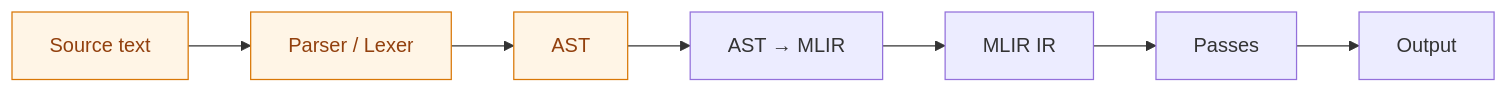
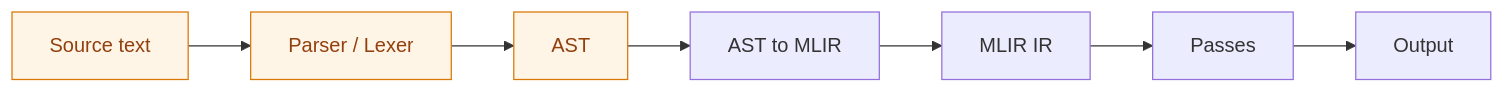
Before and after one commit to HardMax71/spec_to_rest: the diagram in docs/content/docs/research/mlir_evaluation/machinery.md, drawn with Mermaid. The commit also changed other lines of this file, not shown here.

First line of the commit message:
docs(research): rewrite the MLIR machinery page, expand the acronym, fix Scala staleness

````diff
--- a/docs/content/docs/research/mlir_evaluation/machinery.md
+++ b/docs/content/docs/research/mlir_evaluation/machinery.md
@@ -36,12 +25,11 @@
 ```mermaid
 flowchart LR
   Source["Source text"] --> ParserLexer["Parser / Lexer"]
   ParserLexer --> AST
-  AST --> AstToMlir["AST → MLIR"]
+  AST --> AstToMlir["AST to MLIR"]
   AstToMlir --> MLIR["MLIR IR"]
   MLIR --> Passes
   Passes --> Output
-
   classDef diy fill:#fff5e6,stroke:#d97706,color:#92400e
   class Source,ParserLexer,AST diy
 ```
````
